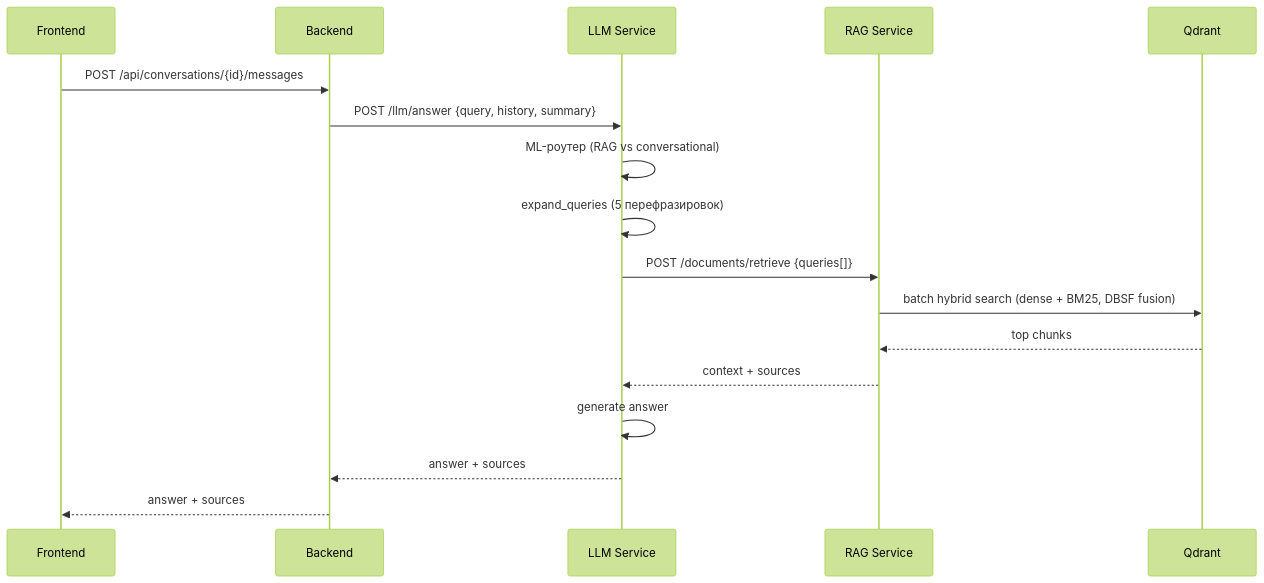
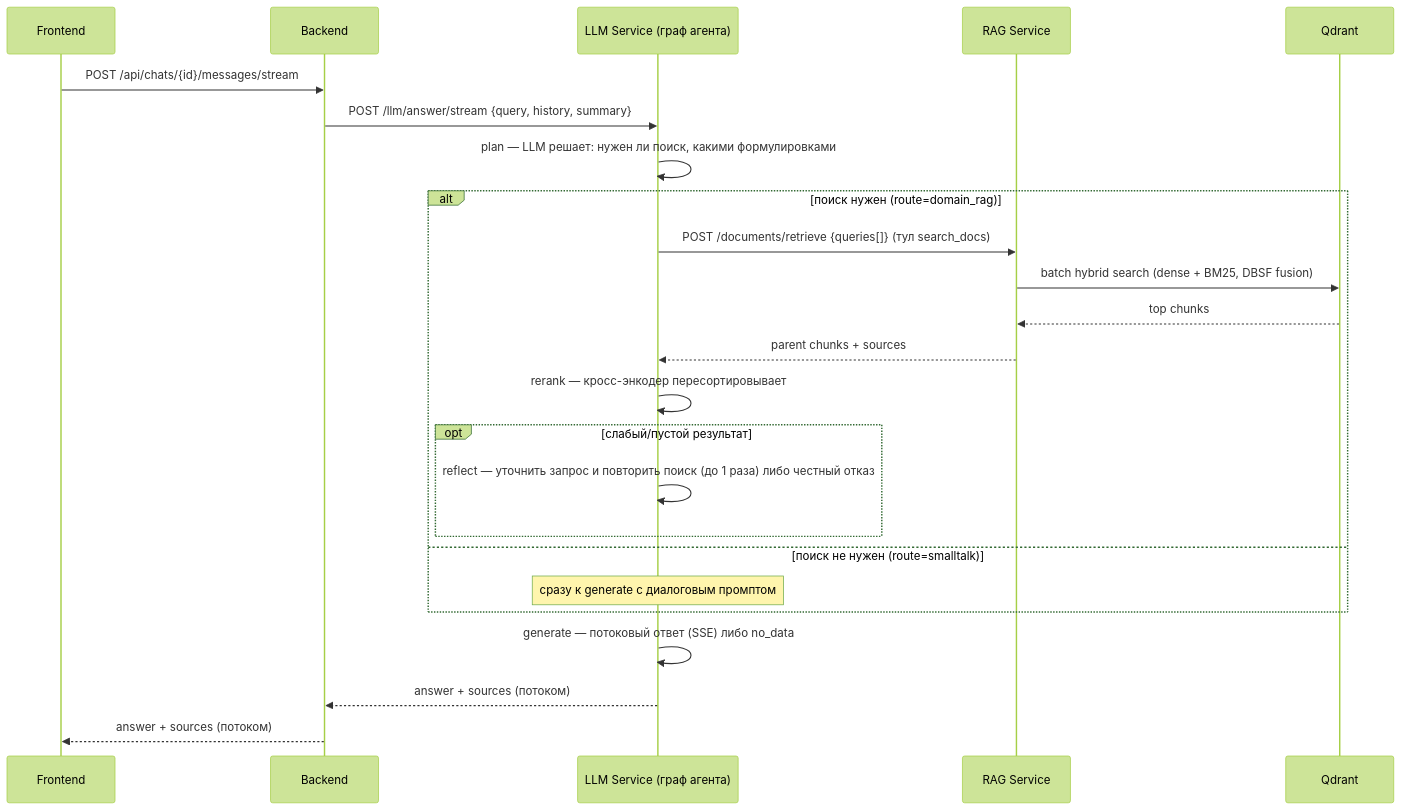
One commit to VladislavKiseliov/RAG changed the third of 4 diagrams in README.md. Above: the diagram before and after it, drawn with Mermaid (forest theme). The commit also changed other lines of this file, not shown here.

````diff
--- a/README.md
+++ b/README.md
@@ -139,20 +141,27 @@
 ```mermaid
 sequenceDiagram
     participant FE as Frontend
     participant BE as Backend
-    participant LLM as LLM Service
+    participant LLM as LLM Service (граф агента)
     participant RAG as RAG Service
     participant Q as Qdrant
 
-    FE->>BE: POST /api/conversations/{id}/messages
-    BE->>LLM: POST /llm/answer {query, history, summary}
-    LLM->>LLM: ML-роутер (RAG vs conversational)
-    LLM->>LLM: expand_queries (5 перефразировок)
-    LLM->>RAG: POST /documents/retrieve {queries[]}
-    RAG->>Q: batch hybrid search (dense + BM25, DBSF fusion)
-    Q-->>RAG: top chunks
-    RAG-->>LLM: context + sources
-    LLM->>LLM: generate answer
-    LLM-->>BE: answer + sources
-    BE-->>FE: answer + sources
+    FE->>BE: POST /api/chats/{id}/messages/stream
+    BE->>LLM: POST /llm/answer/stream {query, history, summary}
+    LLM->>LLM: plan — LLM решает: нужен ли поиск, какими формулировками
+    alt поиск нужен (route=domain_rag)
+        LLM->>RAG: POST /documents/retrieve {queries[]} (тул search_docs)
+        RAG->>Q: batch hybrid search (dense + BM25, DBSF fusion)
+        Q-->>RAG: top chunks
+        RAG-->>LLM: parent chunks + sources
+        LLM->>LLM: rerank — кросс-энкодер пересортировывает
+        opt слабый/пустой результат
+            LLM->>LLM: reflect — уточнить запрос и повторить поиск (до 1 раза) либо честный отказ
+        end
+    else поиск не нужен (route=smalltalk)
+        Note over LLM: сразу к generate с диалоговым промптом
+    end
+    LLM->>LLM: generate — потоковый ответ (SSE) либо no_data
+    LLM-->>BE: answer + sources (потоком)
+    BE-->>FE: answer + sources (потоком)
 ```
````
